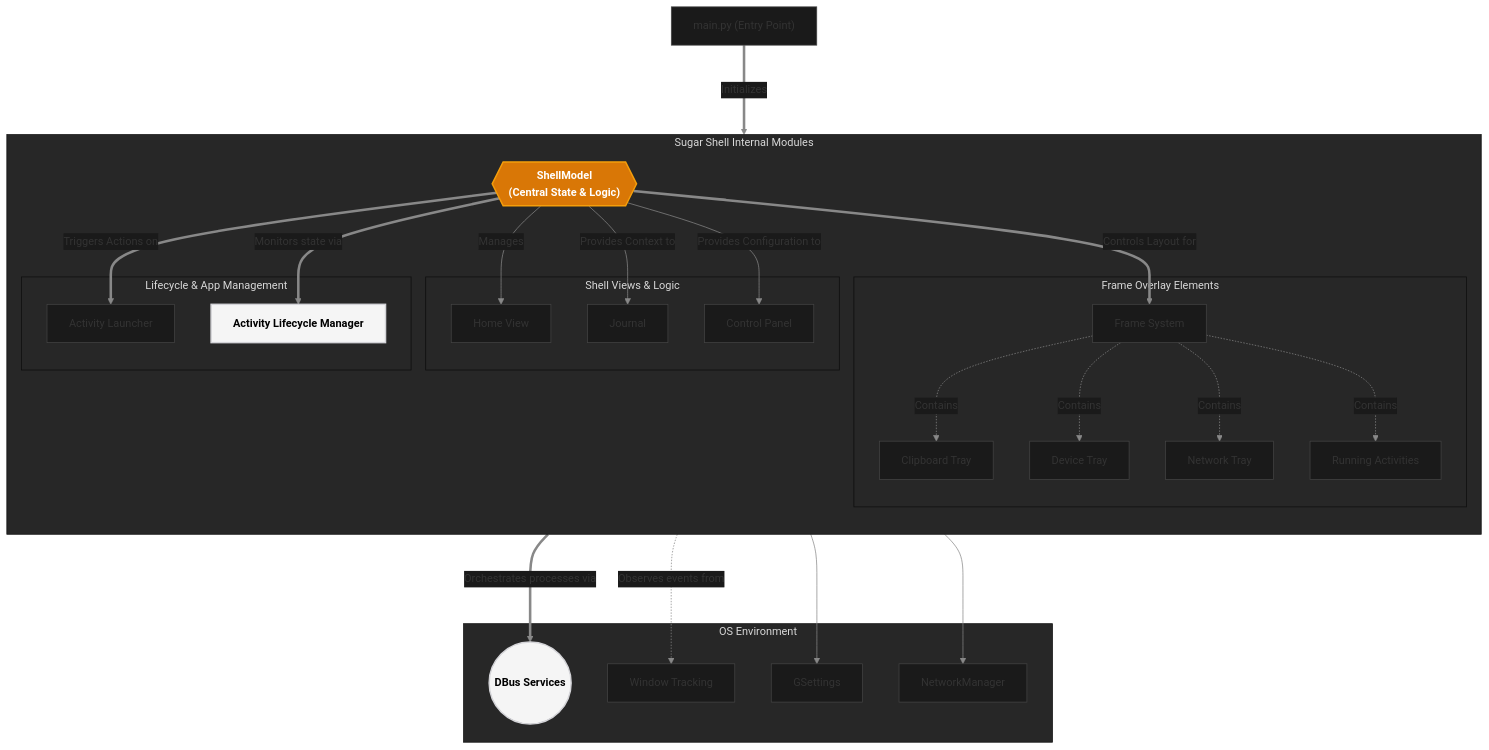
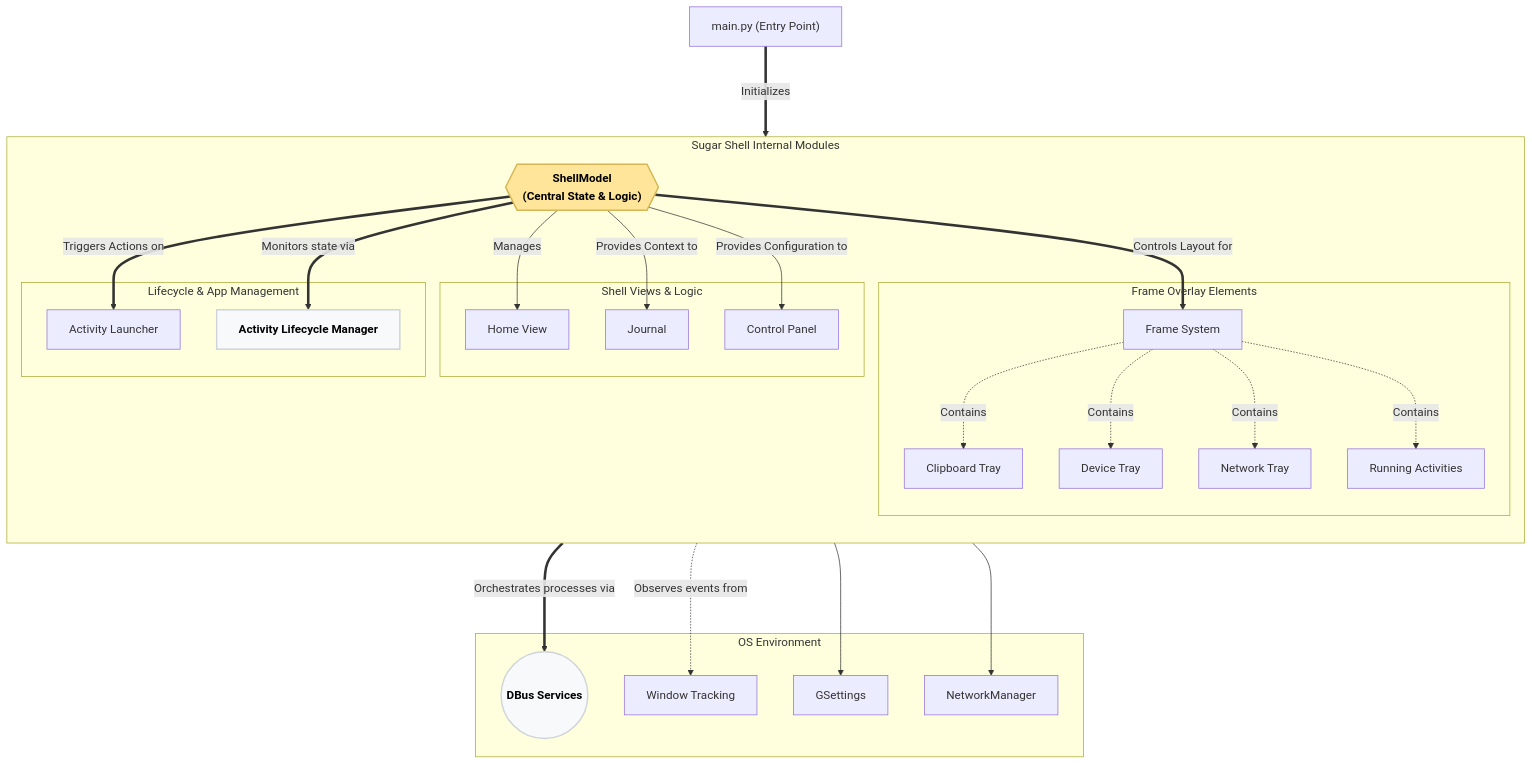
One commit to Dev10-sys/sugar-proposal-gtk changed the fourth of 9 diagrams in proposal.md. Above: the diagram before and after it, drawn with Mermaid. The commit also changed other lines of this file, not shown here.

Commit message:
Convert diagrams to crisp light theme based on reference photos

````diff
--- a/proposal.md
+++ b/proposal.md
@@ -286,56 +283,55 @@
 ```mermaid
-%%{init: {'theme': 'base', 'themeVariables': {'background': '#0a0a0a', 'primaryColor': '#1a1a1a', 'primaryBorderColor': '#444444', 'lineColor': '#888888', 'textColor': '#ffffff', 'fontSize': '15px'}}}%%
 flowchart TD
     Main["main.py (Entry Point)"]
 
     subgraph Core ["Sugar Shell Internal Modules"]
         direction TB
         ShellModel{{"ShellModel\n(Central State & Logic)"}}
 
         subgraph Views ["Shell Views & Logic"]
             Home["Home View"]
             Journal["Journal"]
             ControlPanel["Control Panel"]
         end
 
         subgraph FrameSystem ["Frame Overlay Elements"]
             Frame["Frame System"]
             Clipboard["Clipboard Tray"]
             Devices["Device Tray"]
             Friends["Network Tray"]
             ActivitiesTray["Running Activities"]
         end
 
         subgraph Mngmt ["Lifecycle & App Management"]
             Launcher["Activity Launcher"]
             ActivityManager["Activity Lifecycle Manager"]
         end
     end
 
     subgraph Env ["OS Environment"]
         DBus(("DBus Services"))
         WindowManager["Window Tracking"]
         GSettings["GSettings"]
         NetworkManager["NetworkManager"]
     end
 
     Main ===>|Initializes| ShellModel
     ShellModel -->|Manages| Home
     ShellModel -->|Provides Context to| Journal
     ShellModel -->|Provides Configuration to| ControlPanel
     ShellModel ==>|Controls Layout for| Frame
     Frame -.->|Contains| Clipboard
     Frame -.->|Contains| Devices
     Frame -.->|Contains| Friends
     Frame -.->|Contains| ActivitiesTray
     ShellModel ==>|Triggers Actions on| Launcher
     ShellModel ==>|Monitors state via| ActivityManager
     ActivityManager ===>|Orchestrates processes via| DBus
     ActivityManager -.->|Observes events from| WindowManager
     ShellModel --> GSettings
     ShellModel --> NetworkManager
 
-    style ShellModel fill:#d97706,stroke:#f59e0b,stroke-width:2px,color:#ffffff,font-weight:bold
-    style ActivityManager fill:#f5f5f5,stroke:#d4d4d8,stroke-width:2px,color:#000000,font-weight:bold
-    style DBus fill:#f5f5f5,stroke:#d4d4d8,stroke-width:2px,color:#000000,font-weight:bold
+    style ShellModel fill:#ffe599,stroke:#d6b656,stroke-width:2px,color:#000000,font-weight:bold
+    style ActivityManager fill:#f8f9fa,stroke:#ced4da,stroke-width:2px,color:#000000,font-weight:bold
+    style DBus fill:#f8f9fa,stroke:#ced4da,stroke-width:2px,color:#000000,font-weight:bold
 ```
````
